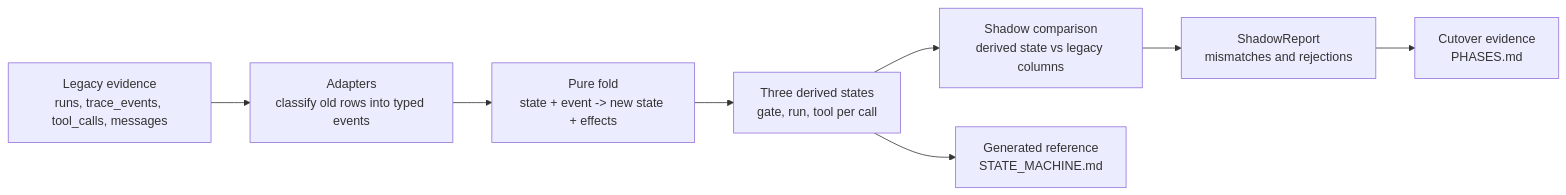
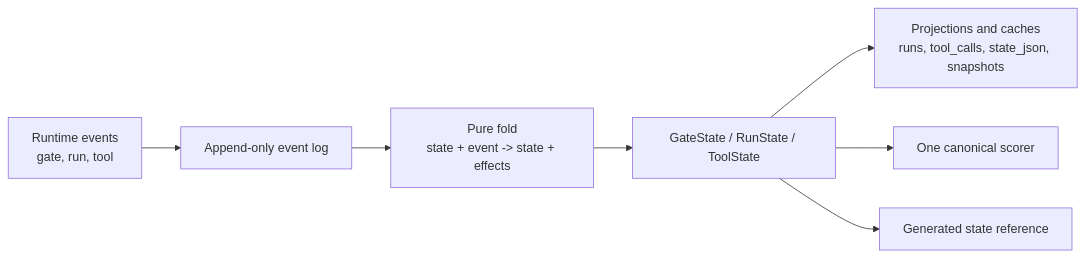
One commit to ratulb/k8s-chaos-harness changed the diagram in docs/STATE_MACHINE_PRIMER.md. Above: the diagram before and after it, drawn with Mermaid. The commit also changed other lines of this file and 22 other files, not shown here.

````diff
--- a/docs/STATE_MACHINE_PRIMER.md
+++ b/docs/STATE_MACHINE_PRIMER.md
@@ -25,10 +15,9 @@
 ```mermaid
 flowchart LR
-    A[Legacy evidence<br/>runs, trace_events, tool_calls, messages] --> B[Adapters<br/>classify old rows into typed events]
-    B --> C[Pure fold<br/>state + event -> new state + effects]
-    C --> D[Three derived states<br/>gate, run, tool per call]
-    D --> E[Shadow comparison<br/>derived state vs legacy columns]
-    E --> F[ShadowReport<br/>mismatches and rejections]
-    D --> G[Generated reference<br/>STATE_MACHINE.md]
-    F --> H[Cutover evidence<br/>PHASES.md]
+    A[Runtime events<br/>gate, run, tool] --> B[Append-only event log]
+    B --> C[Pure fold<br/>state + event -> state + effects]
+    C --> D[GateState / RunState / ToolState]
+    D --> E[Projections and caches<br/>runs, tool_calls, state_json, snapshots]
+    D --> F[One canonical scorer]
+    D --> G[Generated state reference]
 ```
````
